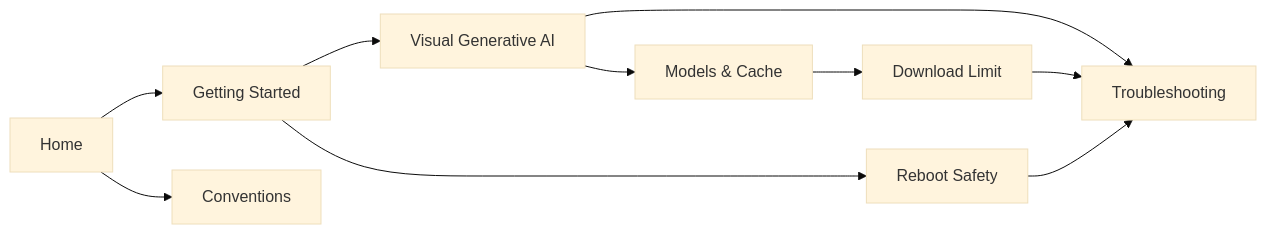
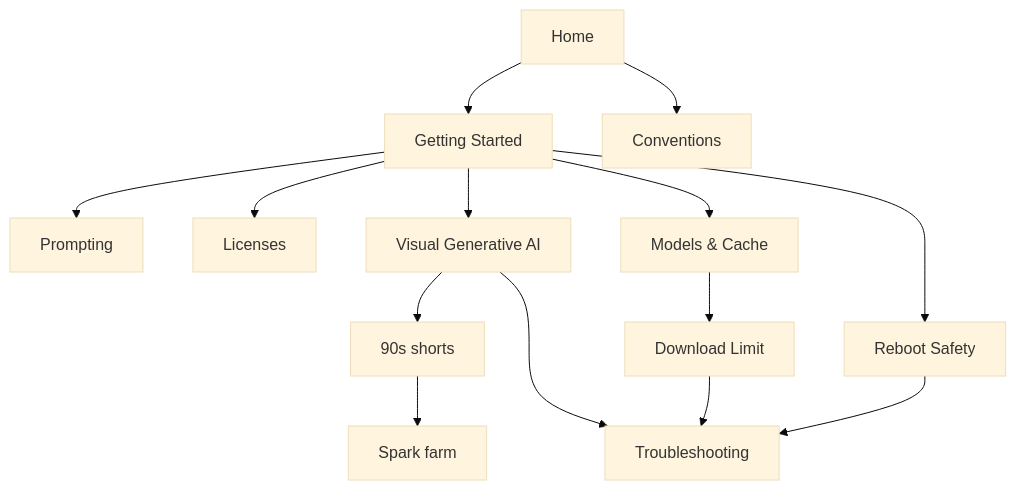
The fourth of 4 diagrams in docs/index.md (toxicoder/ez-comfy-stack), drawn with Mermaid (base theme) before and after one commit. The commit also changed other lines of this file and 142 other files, not shown here.

````diff
--- a/docs/index.md
+++ b/docs/index.md
@@ -140,12 +169,16 @@
 ```mermaid
-flowchart LR
+flowchart TB
   Home["Home"] --> GS["Getting Started"]
+  GS --> Prompt["Prompting"]
+  GS --> Lic["Licenses"]
   GS --> Vis["Visual Generative AI"]
-  Vis --> Mod["Models & Cache"]
+  Vis --> Shorts["90s shorts"]
+  Shorts --> Farm["Spark farm"]
+  GS --> Mod["Models & Cache"]
   Mod --> DL["Download Limit"]
   GS --> RS["Reboot Safety"]
   Vis --> TS["Troubleshooting"]
   DL --> TS
   RS --> TS
   Home --> Conv["Conventions"]
 ```
````
